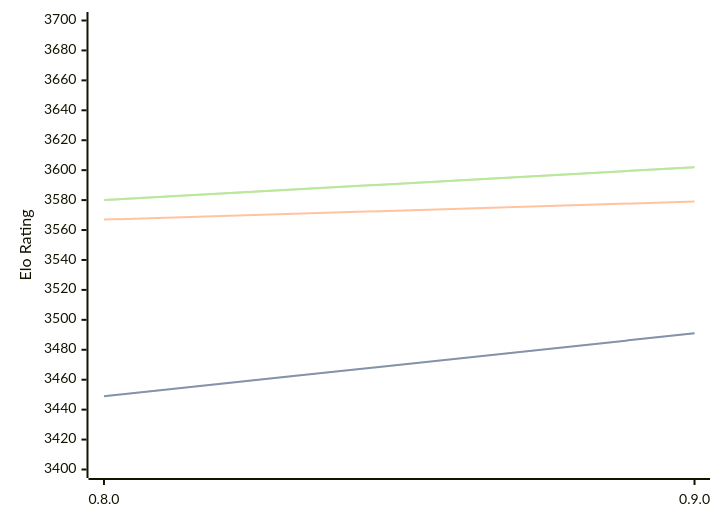
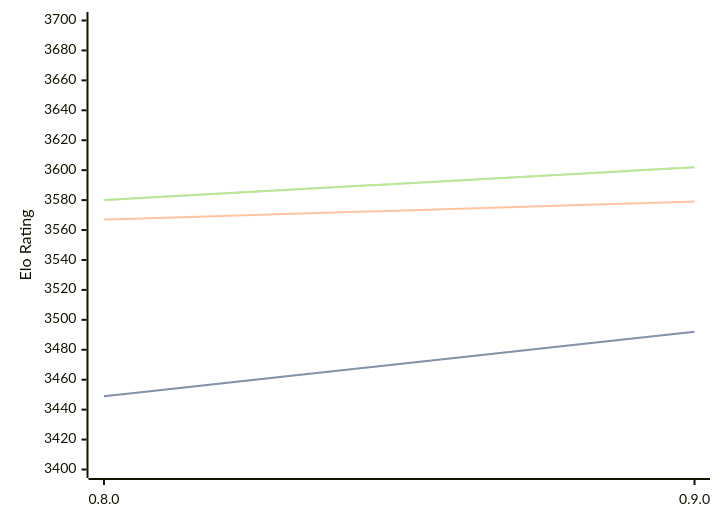
One commit to computer-chess-index/cci changed the diagram in engines/Reckless.md. Above: the diagram before and after it, drawn with Mermaid. The commit also changed other lines of this file, not shown here.

````diff
--- a/engines/Reckless.md
+++ b/engines/Reckless.md
@@ -32,11 +32,11 @@
 ```mermaid
 %%{init: {"theme":"base","themeVariables":{"seriesColors:['#a3a3a3','#222221','#faa371']}}}%%
 xychart-beta
   x-axis ["0.8.0", "0.9.0"]
   y-axis "Elo Rating" 3400 --> 3700
-  line "" [3449, 3491]
-  line "STC (8.0+0.08s)" [3449, 3491]
+  line "" [3449, 3492]
+  line "STC (8.0+0.08s)" [3449, 3492]
   line "LTC (60.0+0.60s)" [3567, 3579]
   line "" [3580, 3602]
   line "VLTC (2m24s+1.12s)" [3580, 3602]
 ```
````
